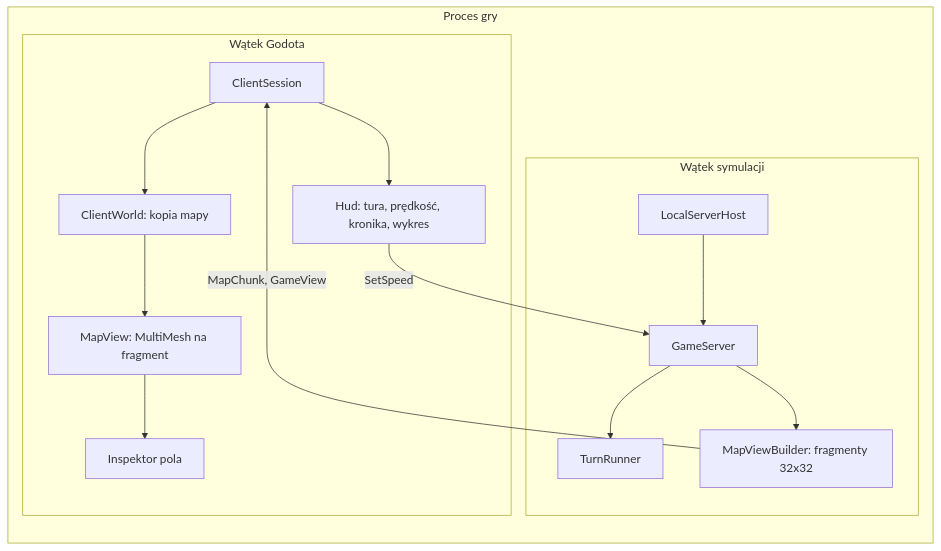
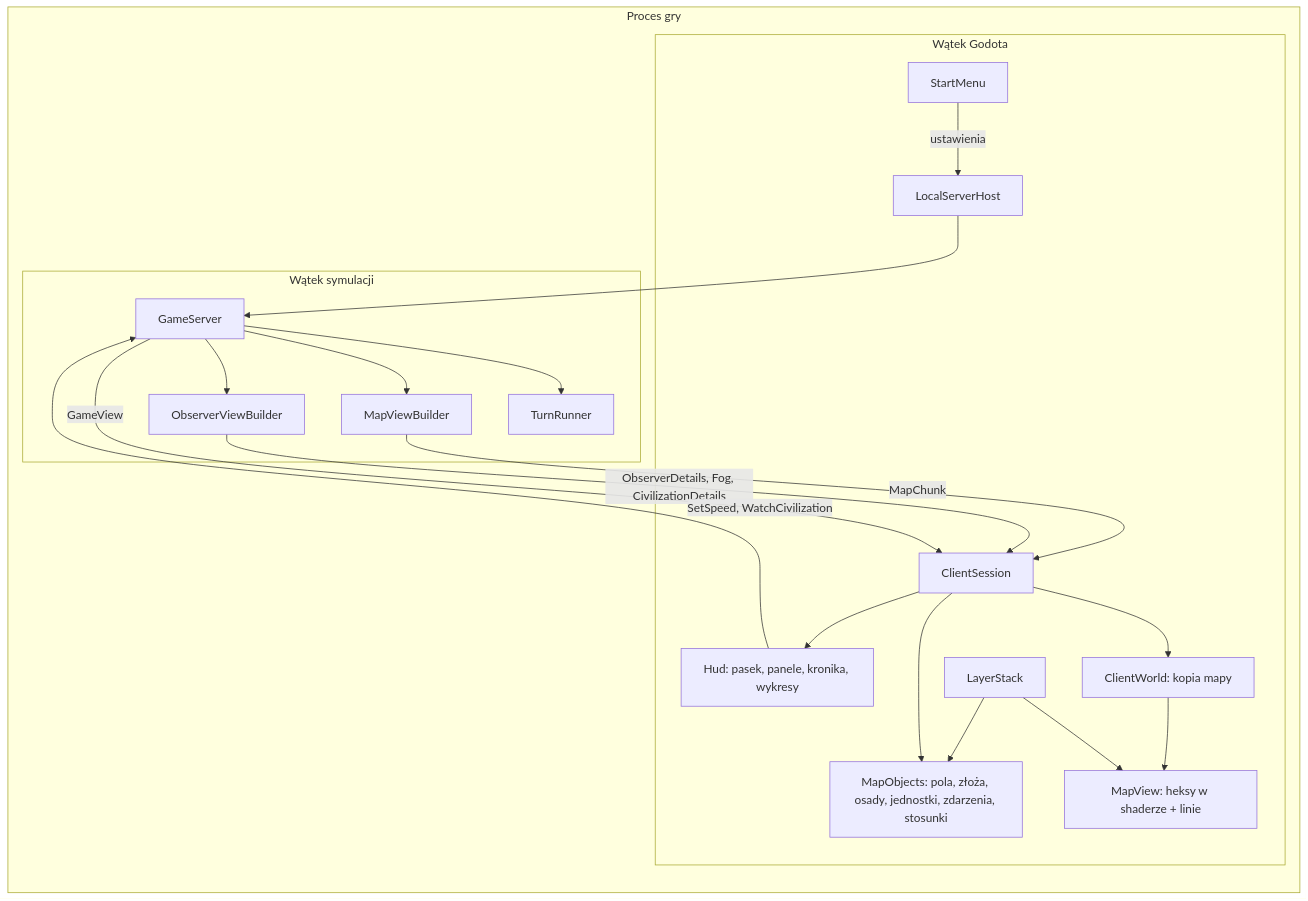
The diagram in docs/systems/viewer.md (CoStellar/CivSim2), drawn with Mermaid before and after one commit. The commit also changed other lines of this file and 3 other files, not shown here.

Commit message:
Document the stage 5 viewer: layers, start menu, followed civilization, pixel interface

````diff
--- a/docs/systems/viewer.md
+++ b/docs/systems/viewer.md
@@ -16,17 +25,23 @@
 ```mermaid
 flowchart LR
   subgraph Proces gry
+    subgraph Wątek Godota
+      M[StartMenu] -- ustawienia --> H
+      C[ClientSession] --> W[ClientWorld: kopia mapy]
+      W --> V[MapView: heksy w shaderze + linie]
+      C --> O[MapObjects: pola, złoża, osady, jednostki, zdarzenia, stosunki]
+      C --> HUD[Hud: pasek, panele, kronika, wykresy]
+      L[LayerStack] --> V
+      L --> O
+    end
     subgraph Wątek symulacji
       H[LocalServerHost] --> S[GameServer] --> R[TurnRunner]
-      S --> MV[MapViewBuilder: fragmenty 32x32]
-    end
-    subgraph Wątek Godota
-      C[ClientSession] --> W[ClientWorld: kopia mapy]
-      W --> M[MapView: MultiMesh na fragment]
-      C --> HUD[Hud: tura, prędkość, kronika, wykres]
-      M --> I[Inspektor pola]
+      S --> MV[MapViewBuilder]
+      S --> OB[ObserverViewBuilder]
     end
   end
-  MV -- MapChunk, GameView --> C
-  HUD -- SetSpeed --> S
+  MV -- MapChunk --> C
+  OB -- ObserverDetails, Fog, CivilizationDetails --> C
+  S -- GameView --> C
+  HUD -- SetSpeed, WatchCivilization --> S
 ```
````
